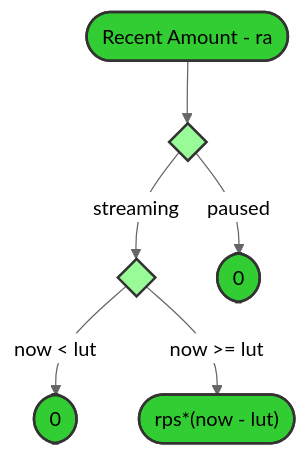
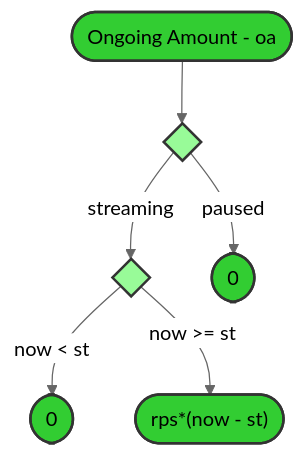
One commit to sablier-labs/flow changed the fifth of 8 diagrams in diagrams.md. Above: the diagram before and after it, drawn with Mermaid (neutral theme). The commit also changed other lines of this file and 45 other files, not shown here.

````diff
--- a/diagrams.md
+++ b/diagrams.md
@@ -169,18 +169,18 @@
 ```mermaid
 flowchart TD
-rca([Recent Amount - ra]):::green1
+rca([Ongoing Amount - oa]):::green1
 di0{ }:::green0
 di1{ }:::green0
 res_00([0 ]):::green1
 res_01([0 ]):::green1
-res_rca(["rps*(now - lut)"]):::green1
+res_rca(["rps*(now - st)"]):::green1
 
 rca --> di0
 di0 -- "streaming" --> di1
 di0 -- "paused" --> res_00
-di1 -- "now < lut" --> res_01
-di1 -- "now >= lut" --> res_rca
+di1 -- "now < st" --> res_01
+di1 -- "now >= st" --> res_rca
 
 classDef green0 fill:#98FB98,stroke:#333,stroke-width:2px;
 classDef green1 fill:#32cd32,stroke:#333,stroke-width:2px;
 ```
````
